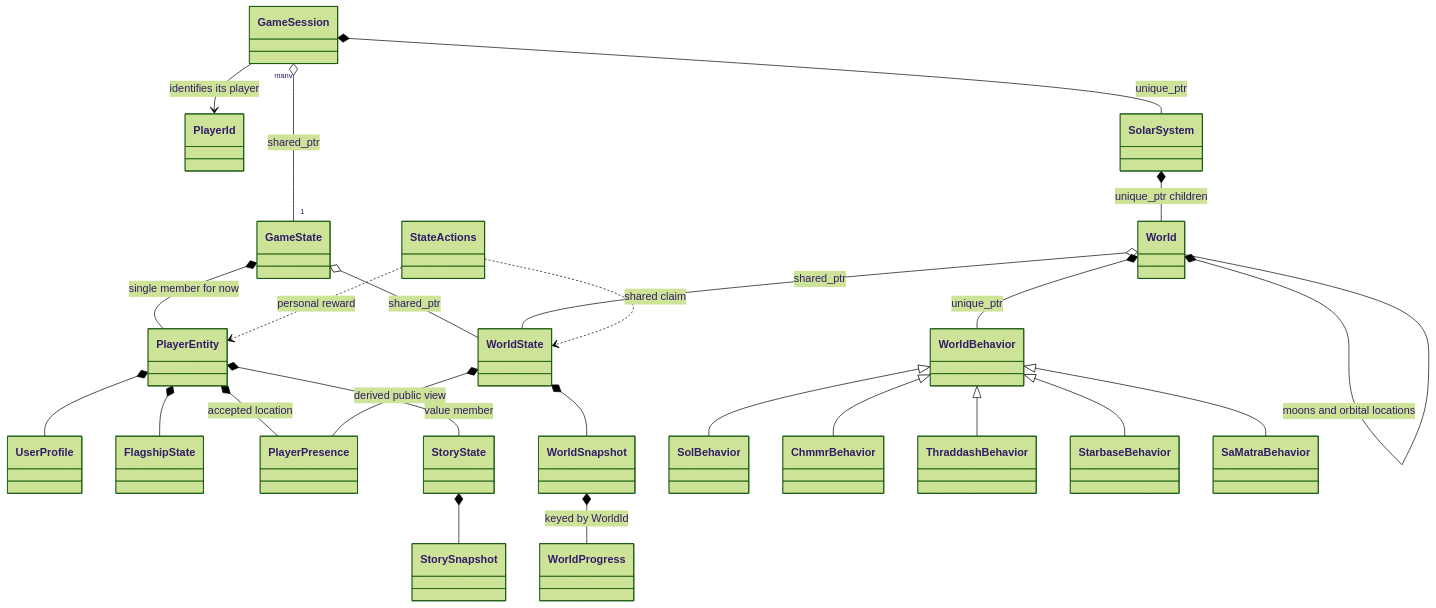
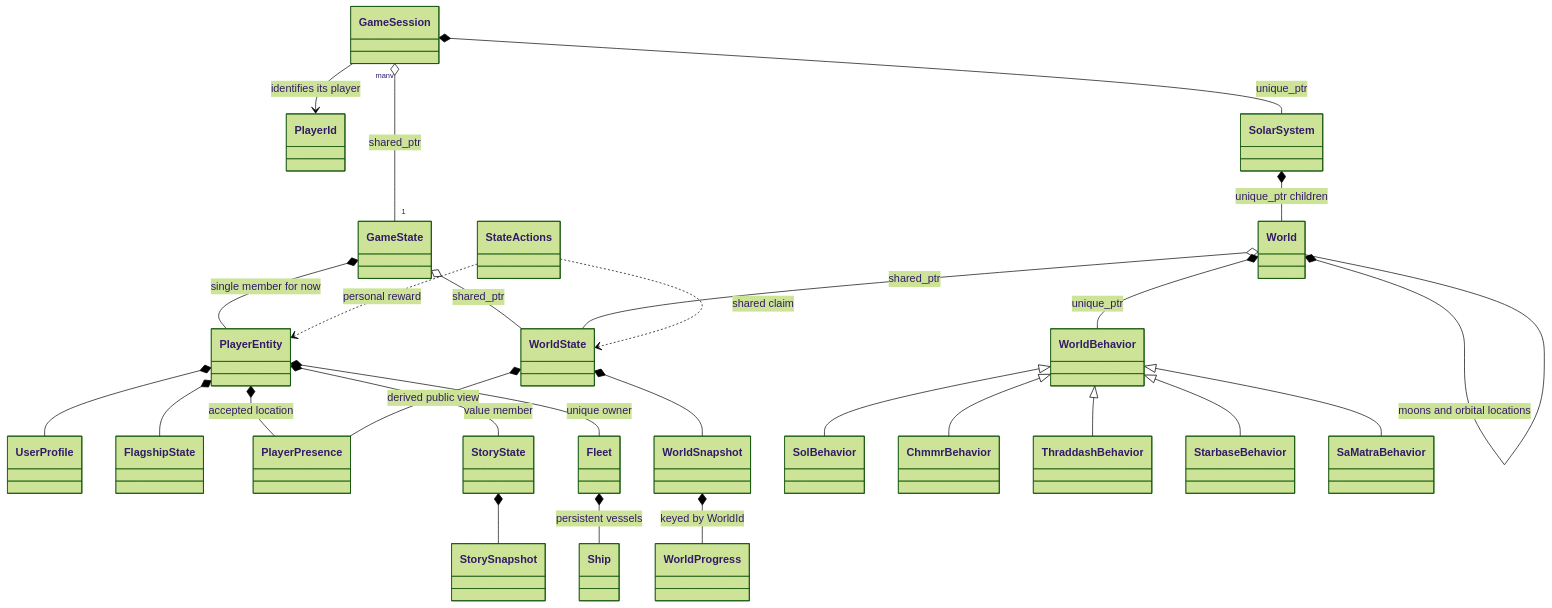
The diagram in docs/design/solar-system/README.md (yost-jacob/uqm-cpp17), drawn with Mermaid (forest theme) before and after one commit. The commit also changed other lines of this file and 31 other files, not shown here.

````diff
--- a/docs/design/solar-system/README.md
+++ b/docs/design/solar-system/README.md
@@ -44,27 +44,29 @@
 ```mermaid
 classDiagram
     GameSession "many" o-- "1" GameState : shared_ptr
     GameSession --> PlayerId : identifies its player
     GameState *-- PlayerEntity : single member for now
     GameState o-- WorldState : shared_ptr
     PlayerEntity *-- UserProfile
     PlayerEntity *-- FlagshipState
     PlayerEntity *-- PlayerPresence : accepted location
     PlayerEntity *-- StoryState : value member
+    PlayerEntity *-- Fleet : unique owner
+    Fleet *-- Ship : persistent vessels
     StoryState *-- StorySnapshot
     WorldState *-- WorldSnapshot
     WorldSnapshot *-- WorldProgress : keyed by WorldId
     WorldState *-- PlayerPresence : derived public view
     World o-- WorldState : shared_ptr
     GameSession *-- SolarSystem : unique_ptr
     SolarSystem *-- World : unique_ptr children
     World *-- World : moons and orbital locations
     World *-- WorldBehavior : unique_ptr
     StateActions ..> PlayerEntity : personal reward
     StateActions ..> WorldState : shared claim
     WorldBehavior <|-- SolBehavior
     WorldBehavior <|-- ChmmrBehavior
     WorldBehavior <|-- ThraddashBehavior
     WorldBehavior <|-- StarbaseBehavior
     WorldBehavior <|-- SaMatraBehavior
 ```
````
